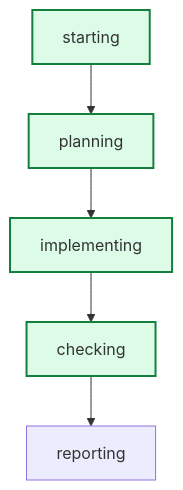
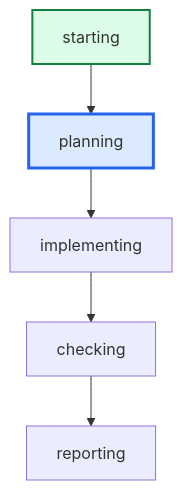
One commit to daniell0gda/hermes-feature-check-dashboard changed the diagram in runs/grass-shared-materials-r1/graph.mmd. Above: the diagram before and after it, drawn with Mermaid. The commit also changed 17 other files, not shown here.

```diff
--- a/runs/grass-shared-materials-r1/graph.mmd
+++ b/runs/grass-shared-materials-r1/graph.mmd
@@ -1,13 +1,11 @@
 graph TD
     starting --> planning
     planning --> implementing
     implementing --> checking
     checking --> reporting
 
 classDef done fill:#dcfce7,stroke:#15803d,stroke-width:2px;
 classDef active fill:#dbeafe,stroke:#2563eb,stroke-width:3px;
 classDef failed fill:#fee2e2,stroke:#b42318,stroke-width:2px;
-class planning done;
-class checking done;
-class implementing done;
+class planning active;
 class starting done;
```
